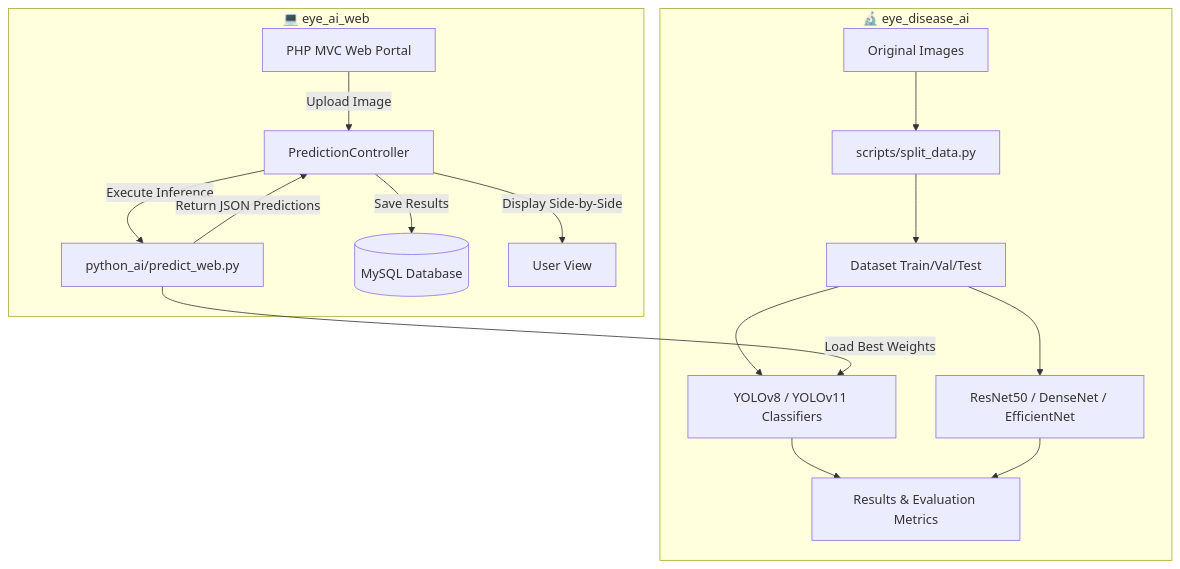
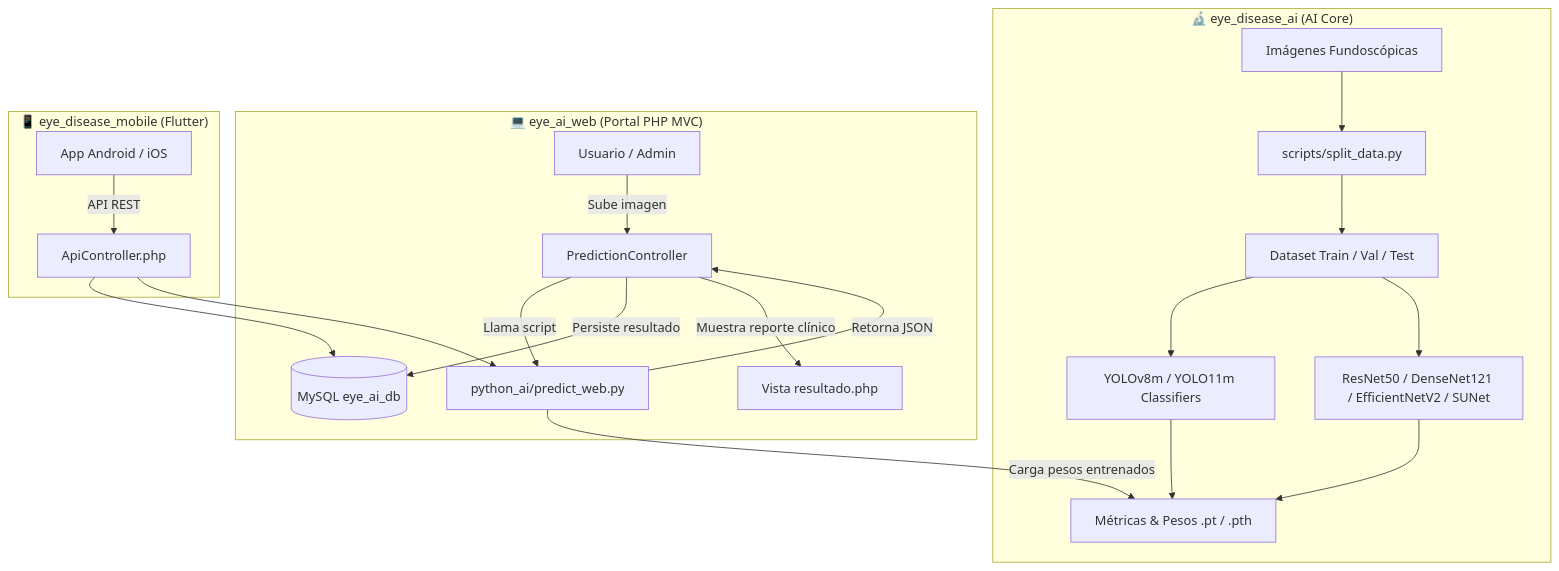
Before and after one commit to brayner573/EYES-DISAESE: the diagram in README.md, drawn with Mermaid. The commit also changed other lines of this file and 181 other files, not shown here.

First line of the commit message:
feat: agregar portal web MVC, app móvil Flutter y actualizar resultados consolidados

````diff
--- a/README.md
+++ b/README.md
@@ -18,20 +19,26 @@
 ```mermaid
 graph TD
-    subgraph AI Core [🔬 eye_disease_ai]
-        A[Original Images] --> B[scripts/split_data.py]
-        B --> C[Dataset Train/Val/Test]
-        C --> D[YOLOv8 / YOLOv11 Classifiers]
-        C --> E[ResNet50 / DenseNet / EfficientNet]
-        D --> F[Results & Evaluation Metrics]
+    subgraph AI["🔬 eye_disease_ai (AI Core)"]
+        A[Imágenes Fundoscópicas] --> B[scripts/split_data.py]
+        B --> C[Dataset Train / Val / Test]
+        C --> D[YOLOv8m / YOLO11m Classifiers]
+        C --> E[ResNet50 / DenseNet121 / EfficientNetV2 / SUNet]
+        D --> F[Métricas & Pesos .pt / .pth]
         E --> F
     end
 
-    subgraph Web App [💻 eye_ai_web]
-        G[PHP MVC Web Portal] -->|Upload Image| H[PredictionController]
-        H -->|Execute Inference| I[python_ai/predict_web.py]
-        I -->|Load Best Weights| D
-        I -->|Return JSON Predictions| H
-        H -->|Save Results| J[(MySQL Database)]
-        H -->|Display Side-by-Side| K[User View]
+    subgraph Web["💻 eye_ai_web (Portal PHP MVC)"]
+        G[Usuario / Admin] -->|Sube imagen| H[PredictionController]
+        H -->|Llama script| I[python_ai/predict_web.py]
+        I -->|Carga pesos entrenados| F
+        I -->|Retorna JSON| H
+        H -->|Persiste resultado| J[(MySQL eye_ai_db)]
+        H -->|Muestra reporte clínico| K[Vista resultado.php]
+    end
+
+    subgraph Mobile["📱 eye_disease_mobile (Flutter)"]
+        L[App Android / iOS] -->|API REST| M[ApiController.php]
+        M --> J
+        M --> I
     end
 ```
````
